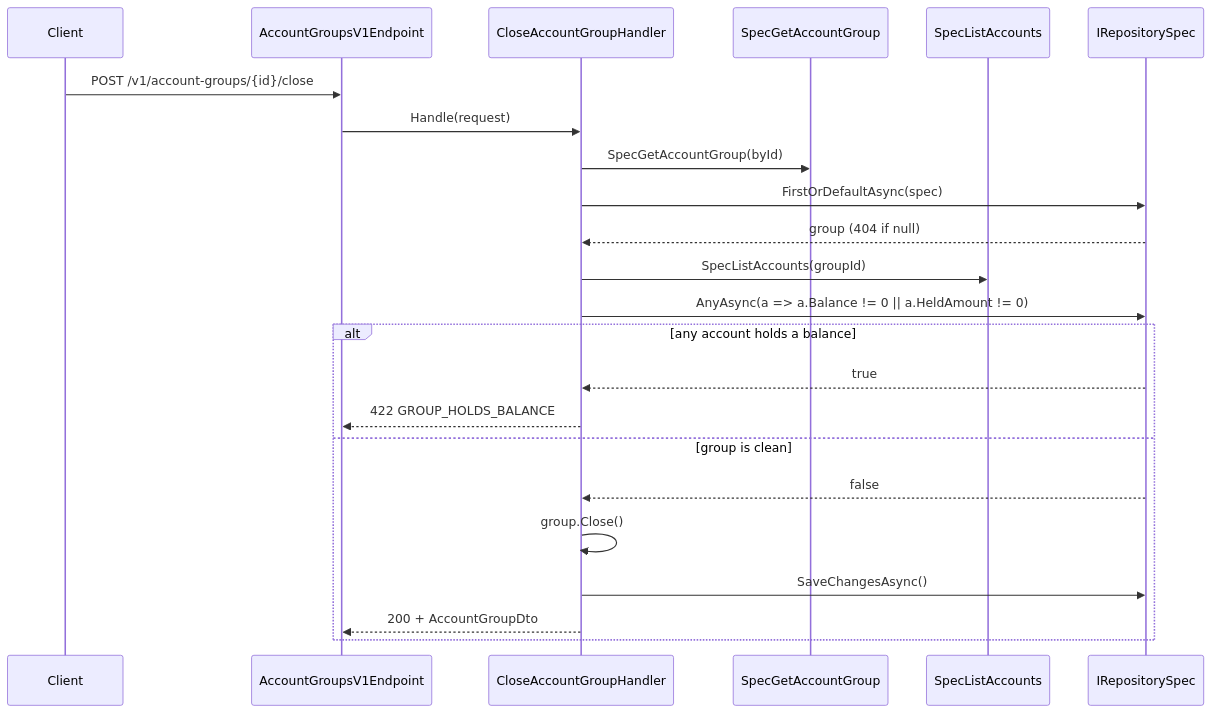
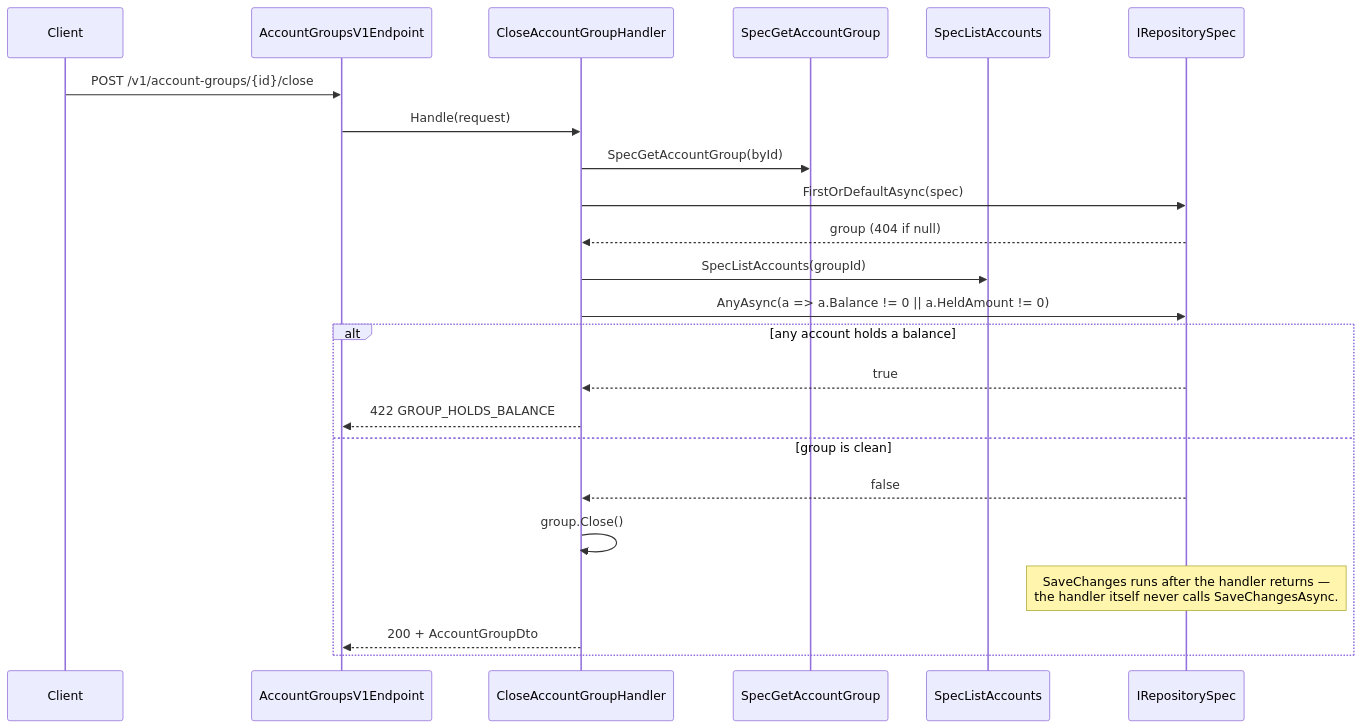
The third of 4 diagrams in docs/features/account-groups/architecture.md (baoduy/DKNet.Accounts.Api), drawn with Mermaid before and after one commit. The commit also changed other lines of this file and 13 other files, not shown here.

````diff
--- a/docs/features/account-groups/architecture.md
+++ b/docs/features/account-groups/architecture.md
@@ -78,26 +78,26 @@
 ```mermaid
 sequenceDiagram
     participant C as Client
     participant EP as AccountGroupsV1Endpoint
     participant HDL as CloseAccountGroupHandler
     participant SPEC as SpecGetAccountGroup
     participant ACCTS as SpecListAccounts
     participant REPO as IRepositorySpec
 
     C->>EP: POST /v1/account-groups/{id}/close
     EP->>HDL: Handle(request)
     HDL->>SPEC: SpecGetAccountGroup(byId)
     HDL->>REPO: FirstOrDefaultAsync(spec)
     REPO-->>HDL: group (404 if null)
     HDL->>ACCTS: SpecListAccounts(groupId)
     HDL->>REPO: AnyAsync(a => a.Balance != 0 || a.HeldAmount != 0)
     alt any account holds a balance
         REPO-->>HDL: true
         HDL-->>EP: 422 GROUP_HOLDS_BALANCE
     else group is clean
         REPO-->>HDL: false
         HDL->>HDL: group.Close()
-        HDL->>REPO: SaveChangesAsync()
+        Note over REPO: SaveChanges runs after the handler returns —<br/>the handler itself never calls SaveChangesAsync.
         HDL-->>EP: 200 + AccountGroupDto
     end
 ```
````
